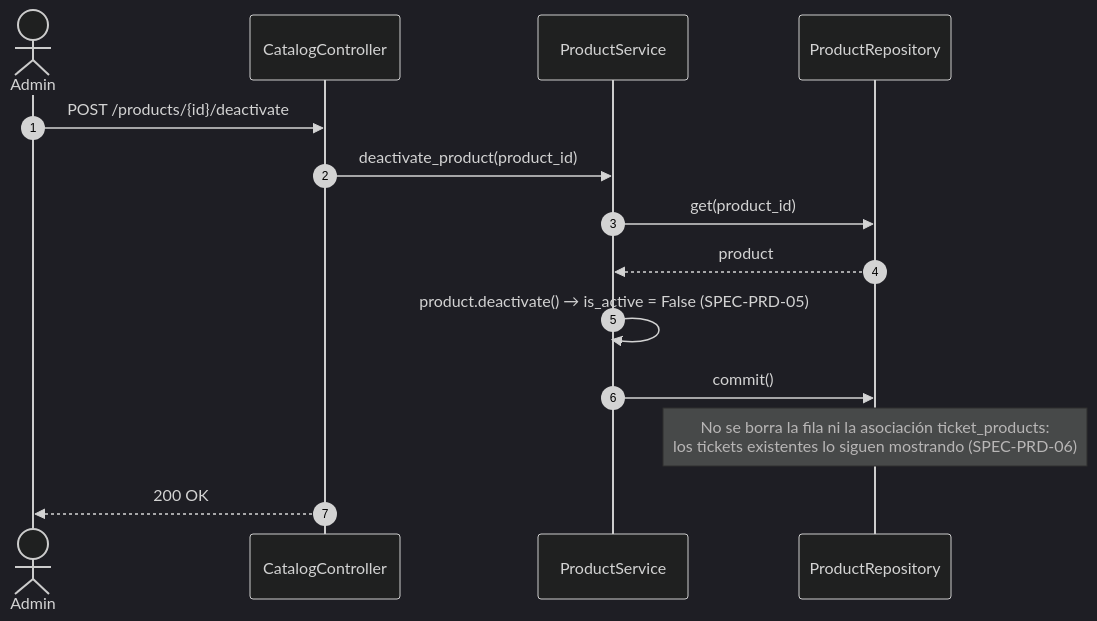
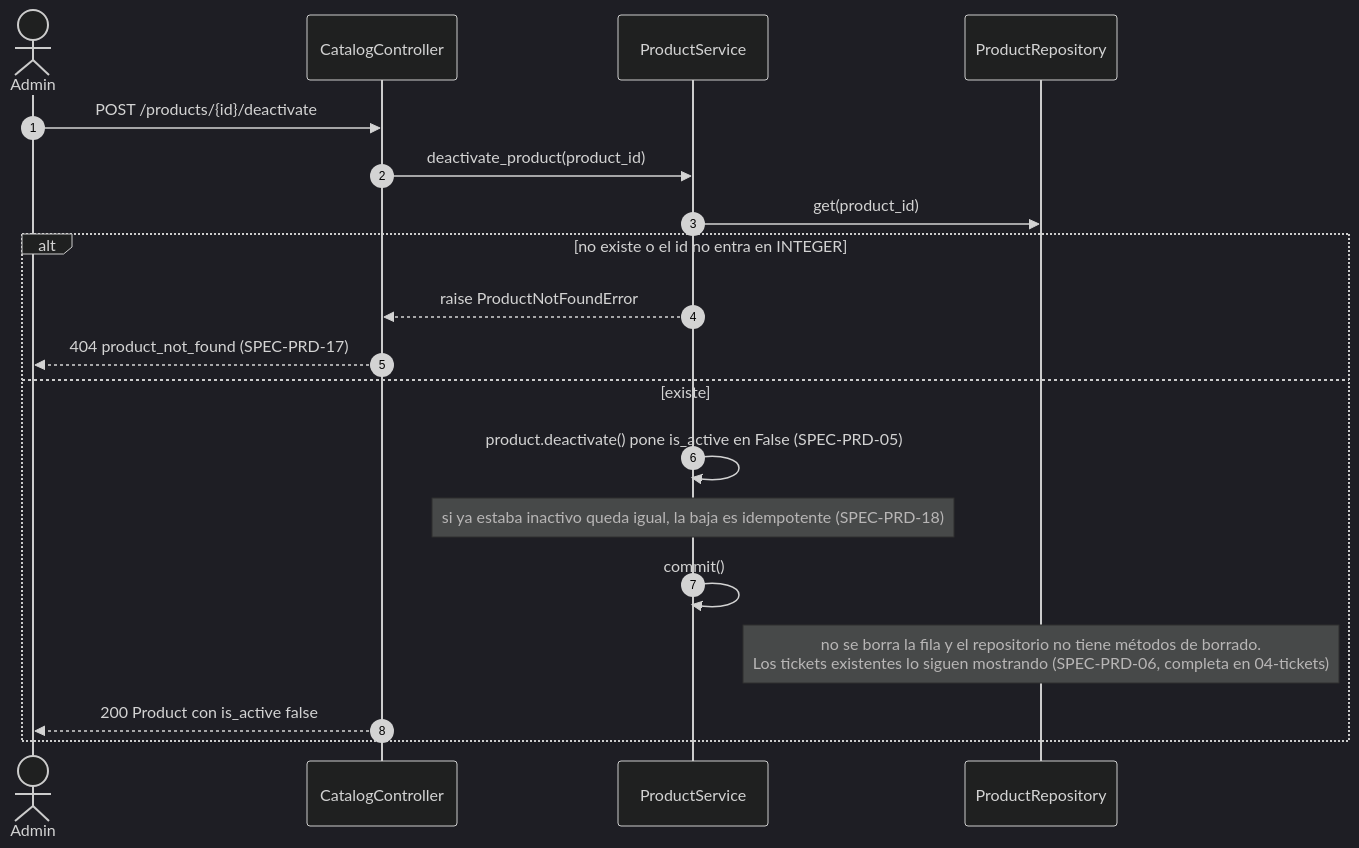
The second of 3 diagrams in diagrams/sequences/03-products.md (Diazfe-dev/AyED-III-python-ticket-service), drawn with Mermaid (dark theme) before and after one commit. The commit also changed other lines of this file and 25 other files, not shown here.

Commit message:
feat(product): add products with soft delete, filtered listings and product type delete guard

````diff
--- a/diagrams/sequences/03-products.md
+++ b/diagrams/sequences/03-products.md
@@ -48,17 +67,22 @@
 ```mermaid
 sequenceDiagram
     autonumber
     actor Admin
     participant PC as CatalogController
     participant PS as ProductService
     participant PR as ProductRepository
 
     Admin->>PC: POST /products/{id}/deactivate
     PC->>PS: deactivate_product(product_id)
     PS->>PR: get(product_id)
-    PR-->>PS: product
-    PS->>PS: product.deactivate() → is_active = False (SPEC-PRD-05)
-    PS->>PR: commit()
-    Note over PR: No se borra la fila ni la asociación ticket_products:<br/>los tickets existentes lo siguen mostrando (SPEC-PRD-06)
-    PC-->>Admin: 200 OK
+    alt no existe o el id no entra en INTEGER
+        PS-->>PC: raise ProductNotFoundError
+        PC-->>Admin: 404 product_not_found (SPEC-PRD-17)
+    else existe
+        PS->>PS: product.deactivate() pone is_active en False (SPEC-PRD-05)
+        Note over PS: si ya estaba inactivo queda igual, la baja es idempotente (SPEC-PRD-18)
+        PS->>PS: commit()
+        Note over PR: no se borra la fila y el repositorio no tiene métodos de borrado.<br/>Los tickets existentes lo siguen mostrando (SPEC-PRD-06, completa en 04-tickets)
+        PC-->>Admin: 200 Product con is_active false
+    end
 ```
````
